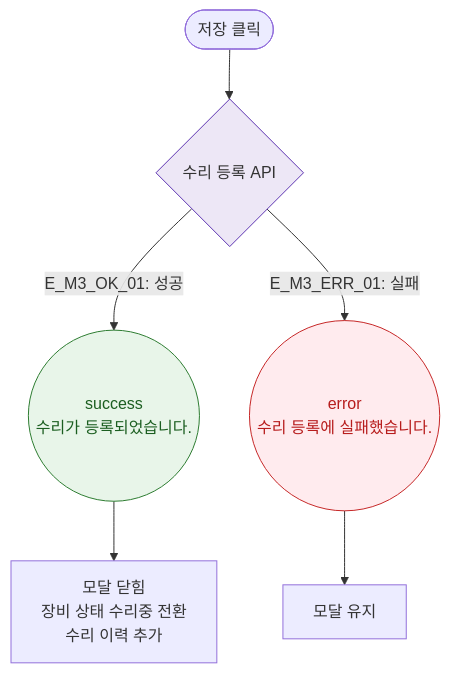
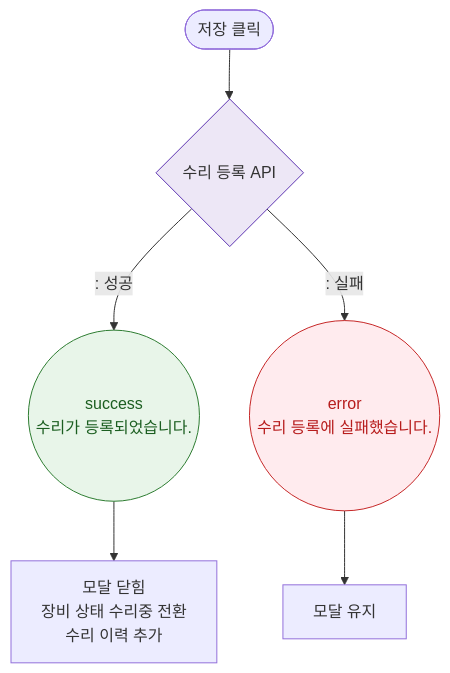
One commit to dev-spogym/admin-pando changed the diagram in docs/다이어그램/D06_시설관리/DLG/DLG-056-003_수리등록/M3_결과분기.md. Above: the diagram before and after it, drawn with Mermaid. The commit also changed other lines of this file and 1660 other files, not shown here.

First line of the commit message:
다이어그램: 기획자/클라이언트 납품본으로 정리

````diff
--- a/docs/다이어그램/D06_시설관리/DLG/DLG-056-003_수리등록/M3_결과분기.md
+++ b/docs/다이어그램/D06_시설관리/DLG/DLG-056-003_수리등록/M3_결과분기.md
@@ -16,15 +14,15 @@
 ```mermaid
 flowchart TD
     ACTION([저장 클릭]) --> SaveAPI{수리 등록 API}
-    SaveAPI -->|"E_M3_OK_01: 성공"| SuccessToast((success\n수리가 등록되었습니다.))
-    SaveAPI -->|"E_M3_ERR_01: 실패"| ErrToast((error\n수리 등록에 실패했습니다.))
+    SaveAPI -->|": 성공"|SuccessToast((success\n수리가 등록되었습니다.))
+    SaveAPI -->|": 실패"|ErrToast((error\n수리 등록에 실패했습니다.))
     SuccessToast --> CLOSE[모달 닫힘\n장비 상태 수리중 전환\n수리 이력 추가]
     ErrToast --> STAY[모달 유지]
 
     classDef success fill:#E8F5E9,stroke:#2E7D32,color:#1B5E20
     classDef error fill:#FFEBEE,stroke:#C62828,color:#B71C1C
     classDef system fill:#EDE7F6,stroke:#5E35B2
     class SuccessToast success
     class ErrToast error
     class SaveAPI system
 ```
````
